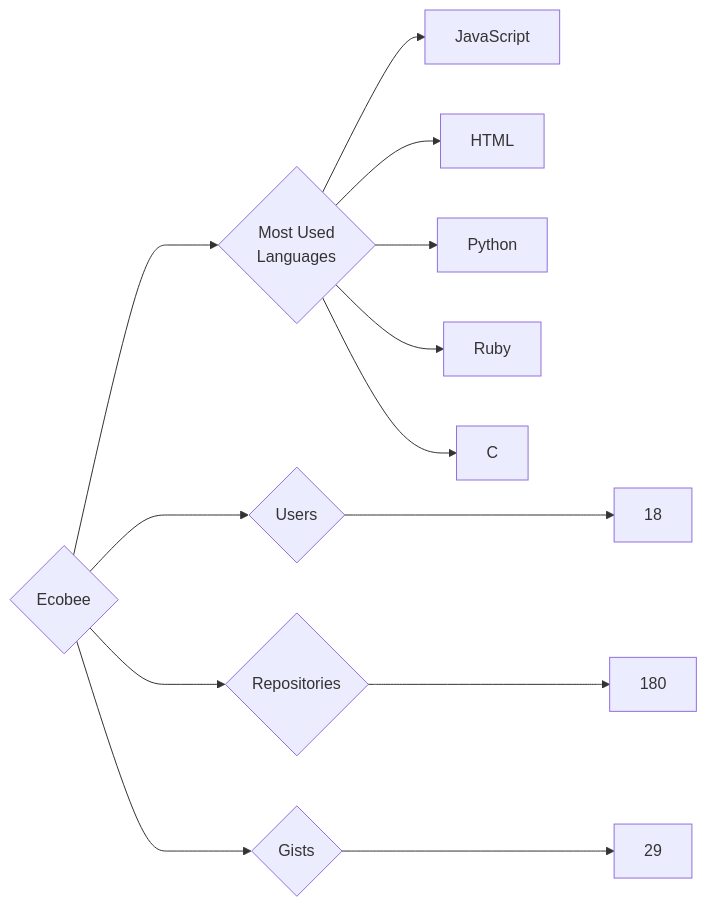
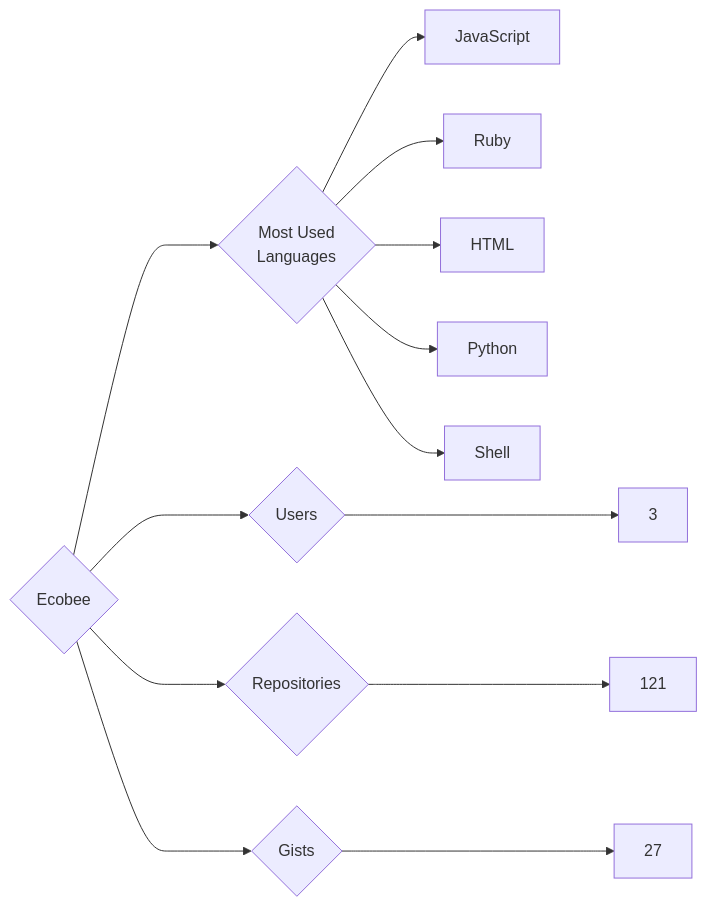
Before and after one commit to trickest/insiders: the diagram in targets/Ecobee/README.md, drawn with Mermaid. The commit also changed 773 other files, not shown here.

````diff
--- a/targets/Ecobee/README.md
+++ b/targets/Ecobee/README.md
@@ -3,13 +3,13 @@
 ```mermaid
 graph LR
 COMPANY_NAME{Ecobee}
-COMPANY_NAME ---> U{Users} ---> UN[18]
-COMPANY_NAME ---> R{Repositories} ---> RN[180]
-COMPANY_NAME ---> G{Gists} ---> GN[29]
+COMPANY_NAME ---> U{Users} ---> UN[3]
+COMPANY_NAME ---> R{Repositories} ---> RN[121]
+COMPANY_NAME ---> G{Gists} ---> GN[27]
 COMPANY_NAME ---> ML{Most Used<br>Languages}
 ML --> JavaScript[JavaScript]
+ML --> Ruby[Ruby]
 ML --> HTML[HTML]
 ML --> Python[Python]
-ML --> Ruby[Ruby]
-ML --> C[C]
+ML --> Shell[Shell]
 ```
````
